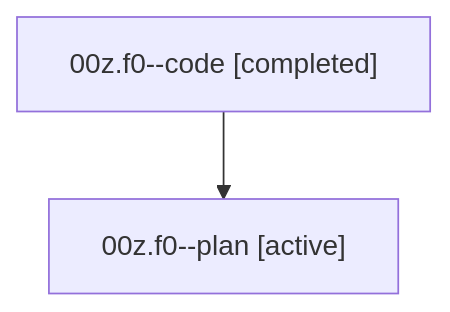
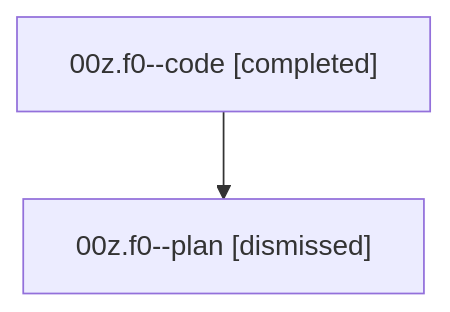
One commit to sase-org/sase--agents changed the diagram in sessions/bbugyi200.athena.00z.f0.md. Above: the diagram before and after it, drawn with Mermaid. The commit also changed other lines of this file and 31 other files, not shown here.

````diff
--- a/sessions/bbugyi200.athena.00z.f0.md
+++ b/sessions/bbugyi200.athena.00z.f0.md
@@ -9,6 +9,6 @@
 ```mermaid
 flowchart TD
   n0["00z.f0--code [completed]"]
-  n1["00z.f0--plan [active]"]
+  n1["00z.f0--plan [dismissed]"]
   n0 --> n1
 ```
````
